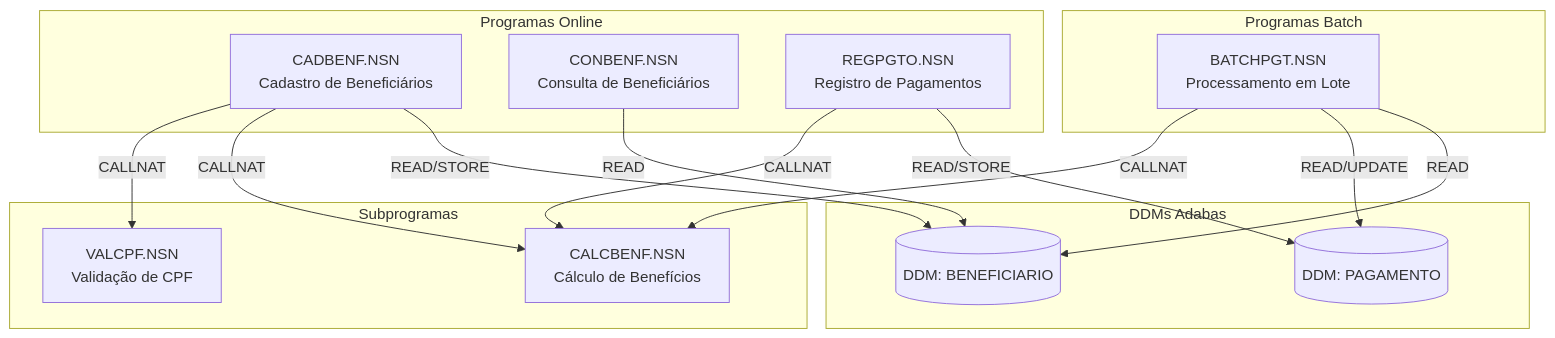
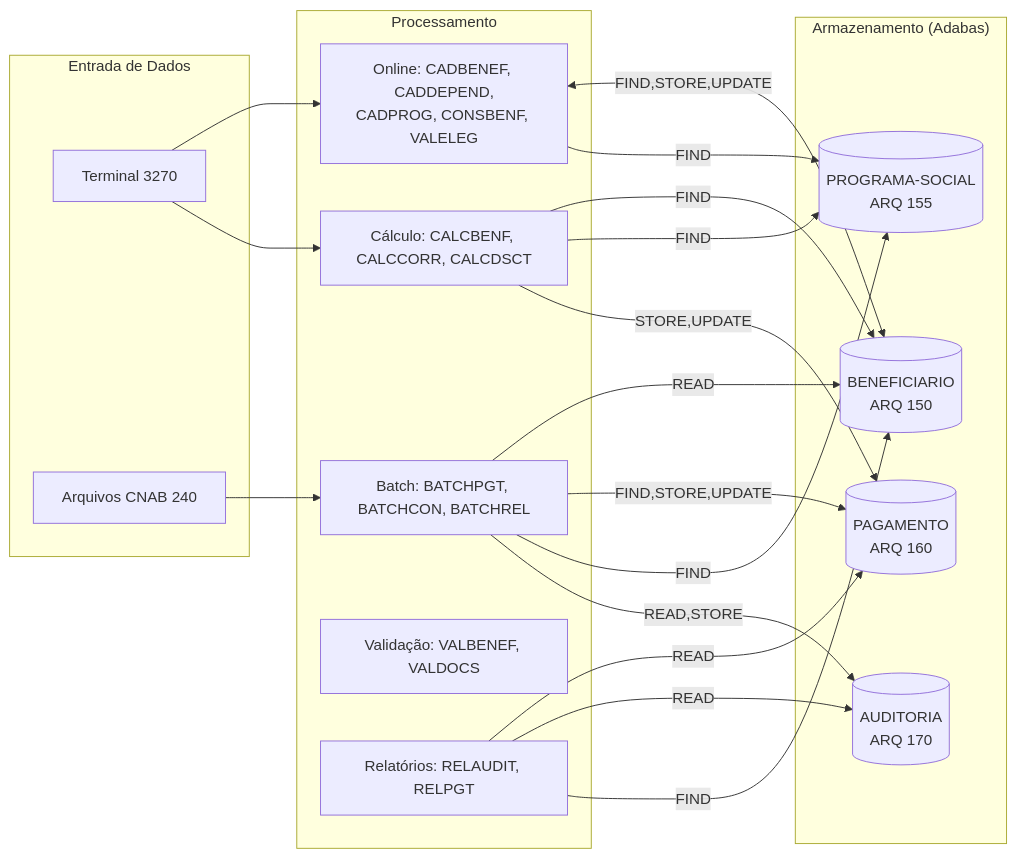
The second of 2 diagrams in 01-arqueologia/dependency-map.md (agentic-devops-workshop/workshop-datacorp-verde-01), drawn with Mermaid before and after one commit. The commit also changed other lines of this file and 36 other files, not shown here.

````diff
--- a/01-arqueologia/dependency-map.md
+++ b/01-arqueologia/dependency-map.md
@@ -33,35 +91,38 @@
 ```mermaid
-flowchart TD
- subgraph "Programas Online"
- CADBENF["CADBENF.NSN<br/>Cadastro de Beneficiários"]
- CONBENF["CONBENF.NSN<br/>Consulta de Beneficiários"]
- REGPGTO["REGPGTO.NSN<br/>Registro de Pagamentos"]
+flowchart LR
+ subgraph "Entrada de Dados"
+ UI["Terminal 3270"]
+ BATCH["Arquivos CNAB 240"]
  end
 
- subgraph "Programas Batch"
- BATCHPGT["BATCHPGT.NSN<br/>Processamento em Lote"]
+ subgraph "Processamento"
+ ONLINE["Online: CADBENEF, CADDEPEND,<br/>CADPROG, CONSBENF, VALELEG"]
+ CALC["Cálculo: CALCBENF, CALCCORR, CALCDSCT"]
+ BATCHPROC["Batch: BATCHPGT, BATCHCON, BATCHREL"]
+ VAL["Validação: VALBENEF, VALDOCS"]
+ REL["Relatórios: RELAUDIT, RELPGT"]
  end
 
- subgraph "Subprogramas"
- CALCBENF["CALCBENF.NSN<br/>Cálculo de Benefícios"]
- VALCPF["VALCPF.NSN<br/>Validação de CPF"]
+ subgraph "Armazenamento (Adabas)"
+ DDM1[("BENEFICIARIO<br/>ARQ 150")]
+ DDM2[("PAGAMENTO<br/>ARQ 160")]
+ DDM3[("PROGRAMA-SOCIAL<br/>ARQ 155")]
+ DDM4[("AUDITORIA<br/>ARQ 170")]
  end
 
- subgraph "DDMs Adabas"
- DDM_BENEF[("DDM: BENEFICIARIO")]
- DDM_PGTO[("DDM: PAGAMENTO")]
- end
-
- CADBENF -->|CALLNAT| VALCPF
- CADBENF -->|CALLNAT| CALCBENF
- CADBENF -->|READ/STORE| DDM_BENEF
-
- REGPGTO -->|CALLNAT| CALCBENF
- REGPGTO -->|READ/STORE| DDM_PGTO
-
- CONBENF -->|READ| DDM_BENEF
-
- BATCHPGT -->|CALLNAT| CALCBENF
- BATCHPGT -->|READ/UPDATE| DDM_PGTO
- BATCHPGT -->|READ| DDM_BENEF
+ UI --> ONLINE
+ UI --> CALC
+ BATCH --> BATCHPROC
+ ONLINE <-->|FIND,STORE,UPDATE| DDM1
+ ONLINE -->|FIND| DDM3
+ CALC -->|FIND| DDM1
+ CALC -->|FIND| DDM3
+ CALC -->|STORE,UPDATE| DDM2
+ BATCHPROC -->|READ| DDM1
+ BATCHPROC -->|FIND,STORE,UPDATE| DDM2
+ BATCHPROC -->|FIND| DDM3
+ BATCHPROC -->|READ,STORE| DDM4
+ REL -->|READ| DDM2
+ REL -->|READ| DDM4
+ REL -->|FIND| DDM1
 ```
````
